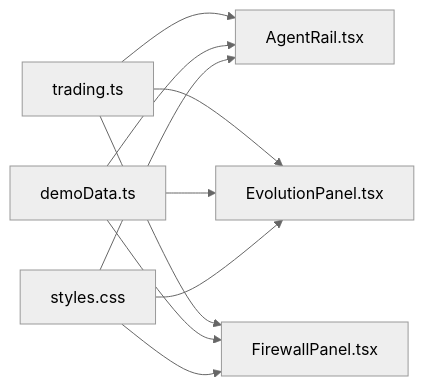
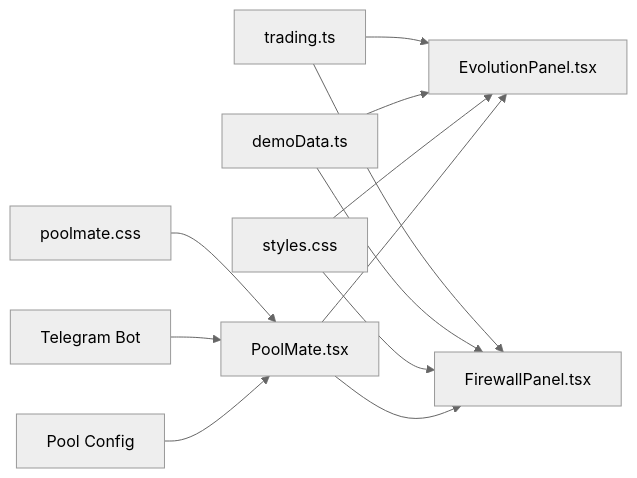
The sixth of 6 diagrams in .qoder/repowiki/zh/content/核心组件/核心组件.md (Maki3991/study-PactLedger), drawn with Mermaid (neutral theme) before and after one commit. The commit also changed other lines of this file and 8 other files, not shown here.

````diff
--- a/.qoder/repowiki/zh/content/核心组件/核心组件.md
+++ b/.qoder/repowiki/zh/content/核心组件/核心组件.md
@@ -302,12 +350,14 @@
 ```mermaid
 graph LR
-TRD["trading.ts"] --> AR["AgentRail.tsx"]
-TRD --> EP["EvolutionPanel.tsx"]
+TRD["trading.ts"] --> EP["EvolutionPanel.tsx"]
 TRD --> FP["FirewallPanel.tsx"]
-DEMO["demoData.ts"] --> AR
-DEMO --> EP
+DEMO["demoData.ts"] --> EP
 DEMO --> FP
-CSS["styles.css"] --> AR
-CSS --> EP
+CSS["styles.css"] --> EP
 CSS --> FP
+PM["PoolMate.tsx"] --> EP
+PM --> FP
+PMC["poolmate.css"] --> PM
+TB["Telegram Bot"] --> PM
+PC["Pool Config"] --> PM
 ```
````
